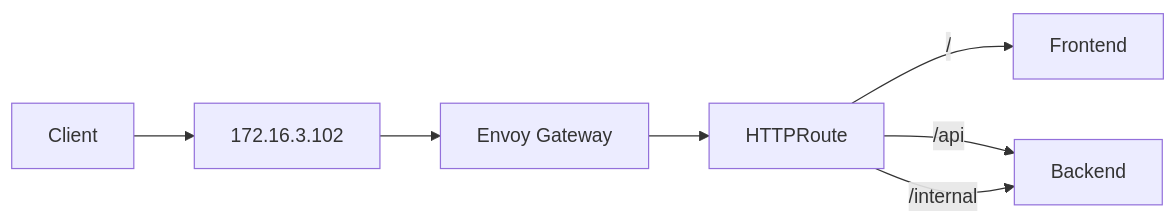
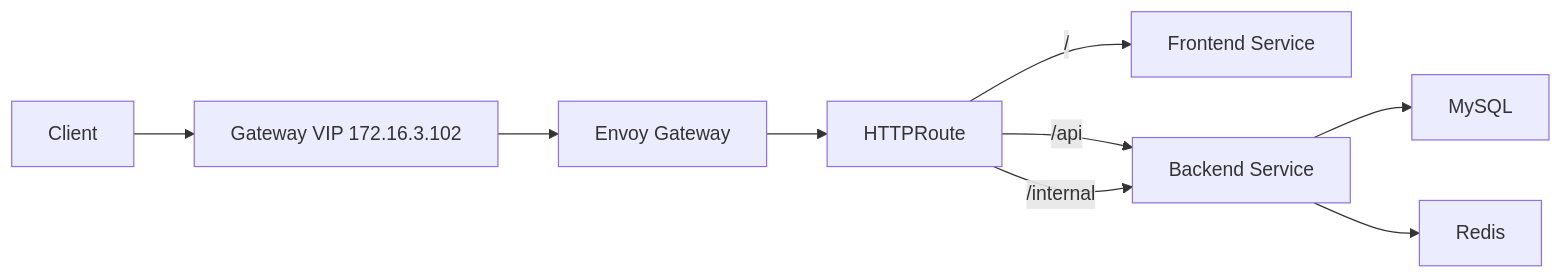
Before and after one commit to ahmed-sayed-devops/microservices-platform-gitops: diagram 11 of 16 in docs/03-gateway-api/README.md, drawn with Mermaid. The commit also changed other lines of this file, not shown here.

Commit message:
docs: improve Gateway API diagrams

````diff
--- a/docs/03-gateway-api/README.md
+++ b/docs/03-gateway-api/README.md
@@ -527,14 +598,20 @@
 ```mermaid
 graph LR
     Client[Client]
-    VIP[172.16.3.102]
+    VIP[Gateway VIP 172.16.3.102]
     Envoy[Envoy Gateway]
     Route[HTTPRoute]
+    Frontend[Frontend Service]
+    Backend[Backend Service]
+    MySQL[MySQL]
+    Redis[Redis]
 
     Client --> VIP
     VIP --> Envoy
     Envoy --> Route
-    Route -->|/| Frontend[Frontend]
-    Route -->|/api| Backend[Backend]
+    Route -->|/| Frontend
+    Route -->|/api| Backend
     Route -->|/internal| Backend
+    Backend --> MySQL
+    Backend --> Redis
 ```
````
